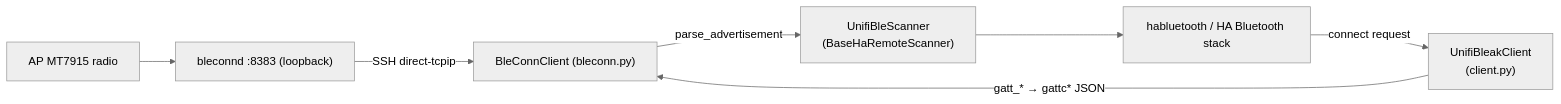
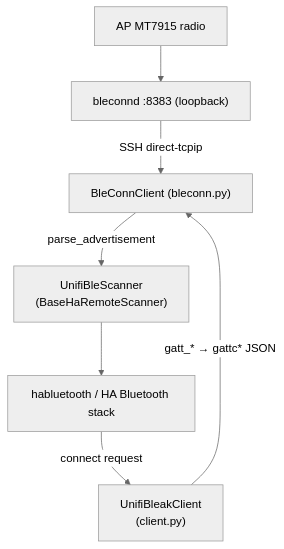
One commit to ThyMYthOS/unifi_ble changed the ninth of 9 diagrams in docs/unifi-ble-and-bleconnd.md. Above: the diagram before and after it, drawn with Mermaid (neutral theme). The commit also changed other lines of this file and 1 other file, not shown here.

````diff
--- a/docs/unifi-ble-and-bleconnd.md
+++ b/docs/unifi-ble-and-bleconnd.md
@@ -445,9 +448,9 @@
 ```mermaid
-flowchart LR
+flowchart TD
     radio["AP MT7915 radio"] --> bc["bleconnd :8383 (loopback)"]
     bc -- "SSH direct-tcpip" --> client["BleConnClient (bleconn.py)"]
     client -- "parse_advertisement" --> scanner["UnifiBleScanner<br/>(BaseHaRemoteScanner)"]
     scanner --> ha["habluetooth / HA Bluetooth stack"]
     ha -- "connect request" --> bleak["UnifiBleakClient<br/>(client.py)"]
     bleak -- "gatt_* → gattc* JSON" --> client
 ```
````
